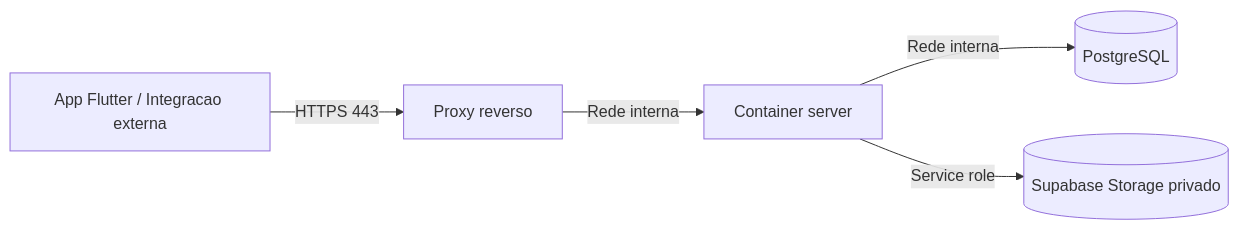
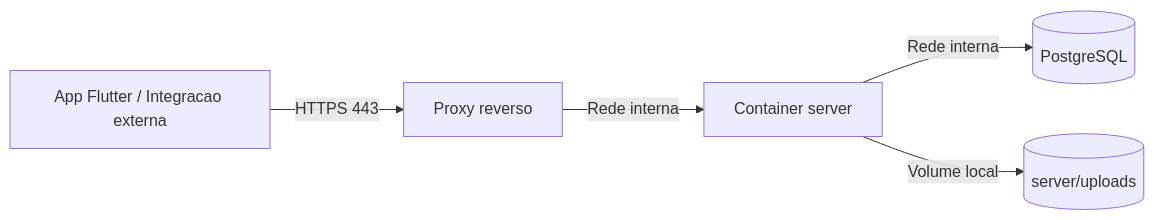
Before and after one commit to gitmachado/themis-aurora-g5: the first of 3 diagrams in documentation/architecture.md, drawn with Mermaid. The commit also changed other lines of this file and 6 other files, not shown here.

````diff
--- a/documentation/architecture.md
+++ b/documentation/architecture.md
@@ -91,7 +91,7 @@
 ```mermaid
 flowchart LR
     CLIENTE[App Flutter / Integracao externa] -->|HTTPS 443| PROXY[Proxy reverso]
     PROXY -->|Rede interna| API[Container server]
     API -->|Rede interna| DB[(PostgreSQL)]
-    API -->|Service role| STORAGE[(Supabase Storage privado)]
+    API -->|Volume local| UPLOADS[(server/uploads)]
 ```
````
